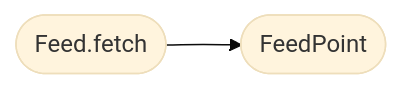
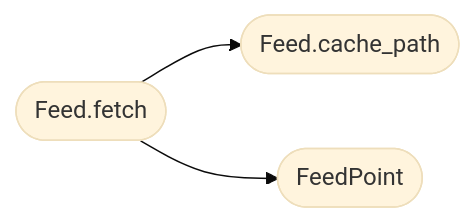
One commit to grisuno/estorides changed the second of 2 diagrams in readmenator-apidocs/modules/estorides_core.feeds.py.md. Above: the diagram before and after it, drawn with Mermaid (base theme). The commit also changed other lines of this file and 184 other files, not shown here.

````diff
--- a/readmenator-apidocs/modules/estorides_core.feeds.py.md
+++ b/readmenator-apidocs/modules/estorides_core.feeds.py.md
@@ -80,6 +121,8 @@
 ```mermaid
 flowchart LR
     n_estorides_core_feeds_py__Feed_fetch(["Feed.fetch"])
+    n_estorides_core_feeds_py__Feed_cache_path(["Feed.cache_path"])
     n_estorides_core_feeds_py__FeedPoint(["FeedPoint"])
+    n_estorides_core_feeds_py__Feed_fetch --> n_estorides_core_feeds_py__Feed_cache_path
     n_estorides_core_feeds_py__Feed_fetch --> n_estorides_core_feeds_py__FeedPoint
 ```
````
